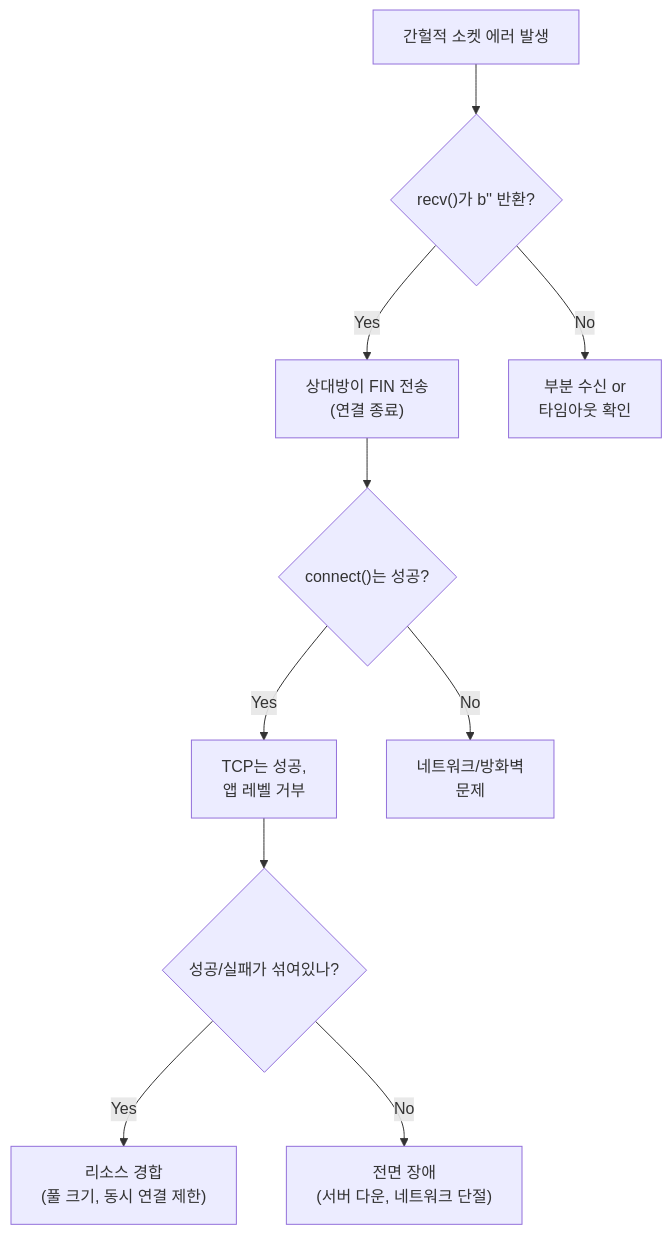
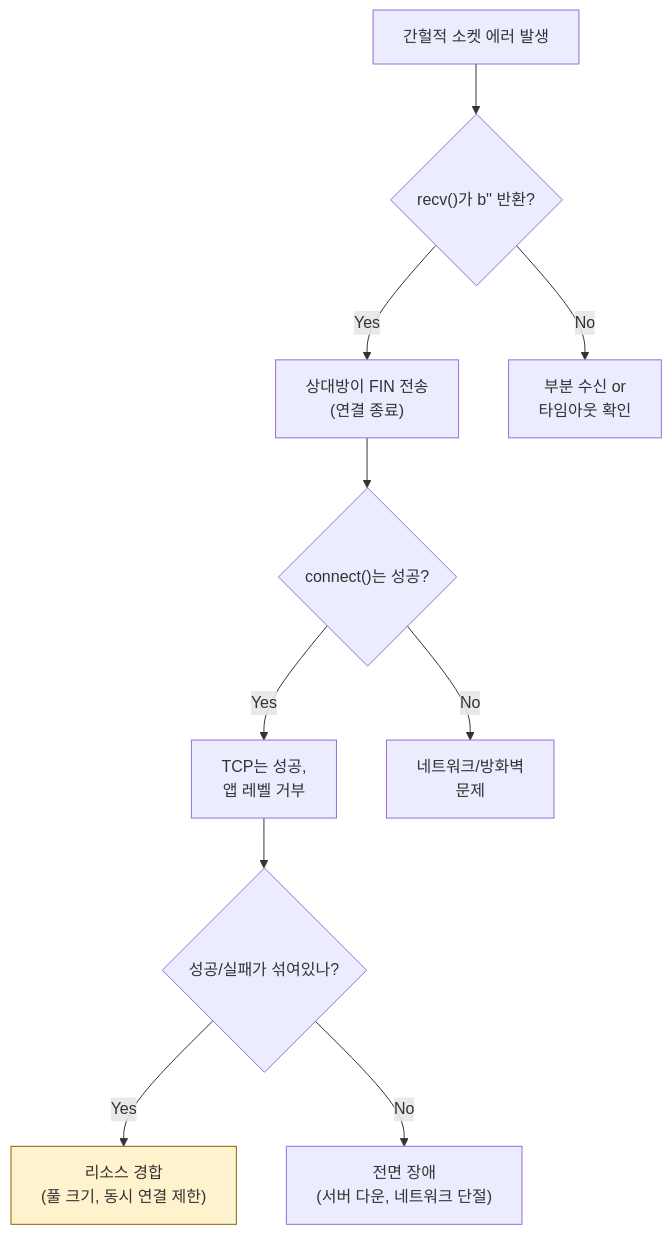
One commit to Gyubster/til changed the sixth of 6 diagrams in _posts/2025-10-22-python-소켓-recv-디버깅-빈-바이트-헤더의-원인-분석.md. Above: the diagram before and after it, drawn with Mermaid. The commit also changed other lines of this file and 11 other files, not shown here.

````diff
--- a/_posts/2025-10-22-python-소켓-recv-디버깅-빈-바이트-헤더의-원인-분석.md
+++ b/_posts/2025-10-22-python-소켓-recv-디버깅-빈-바이트-헤더의-원인-분석.md
@@ -182,15 +185,15 @@
 ```mermaid
 flowchart TD
     A["간헐적 소켓 에러 발생"] --> B{"recv()가 b'' 반환?"}
     B -->|Yes| C["상대방이 FIN 전송<br>(연결 종료)"]
     B -->|No| D["부분 수신 or<br>타임아웃 확인"]
     
     C --> E{"connect()는 성공?"}
     E -->|Yes| F["TCP는 성공,<br>앱 레벨 거부"]
     E -->|No| G["네트워크/방화벽<br>문제"]
     
     F --> H{"성공/실패가 섞여있나?"}
     H -->|Yes| I["리소스 경합<br>(풀 크기, 동시 연결 제한)"]
     H -->|No| J["전면 장애<br>(서버 다운, 네트워크 단절)"]
-    
+    style I fill:#fff3cd,stroke:#856404
 ```
````
